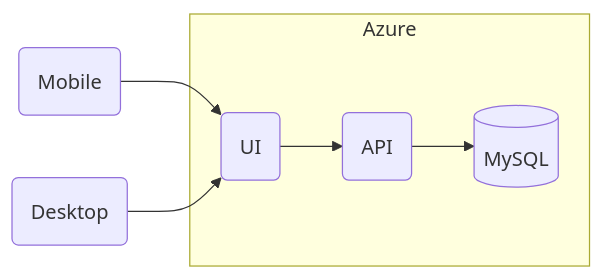
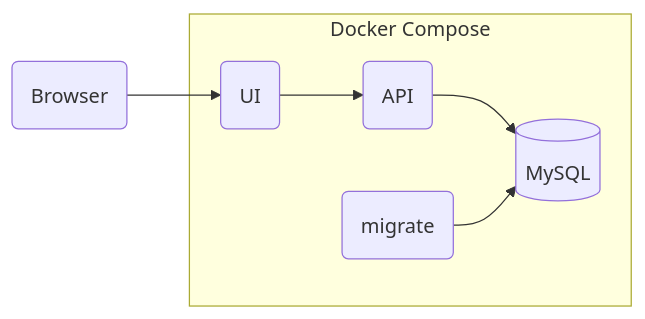
The first of 2 diagrams in README.md (lteran9/ExpenseWise), drawn with Mermaid before and after one commit. The commit also changed other lines of this file and 5 other files, not shown here.

````diff
--- a/README.md
+++ b/README.md
@@ -25,10 +25,10 @@
 ```mermaid
 flowchart LR;
-   id2(Mobile) --> id3(UI);
-   id1(Desktop) --> id3(UI);
-   
-   subgraph Azure
+   id1(Browser) --> id3(UI);
+
+   subgraph compose [Docker Compose]
     id3(UI) --> id4(API)
     id4(API) --> A@{ shape: cyl, label: "MySQL" };
+    id5(migrate) --> A
    end
 ```
````
